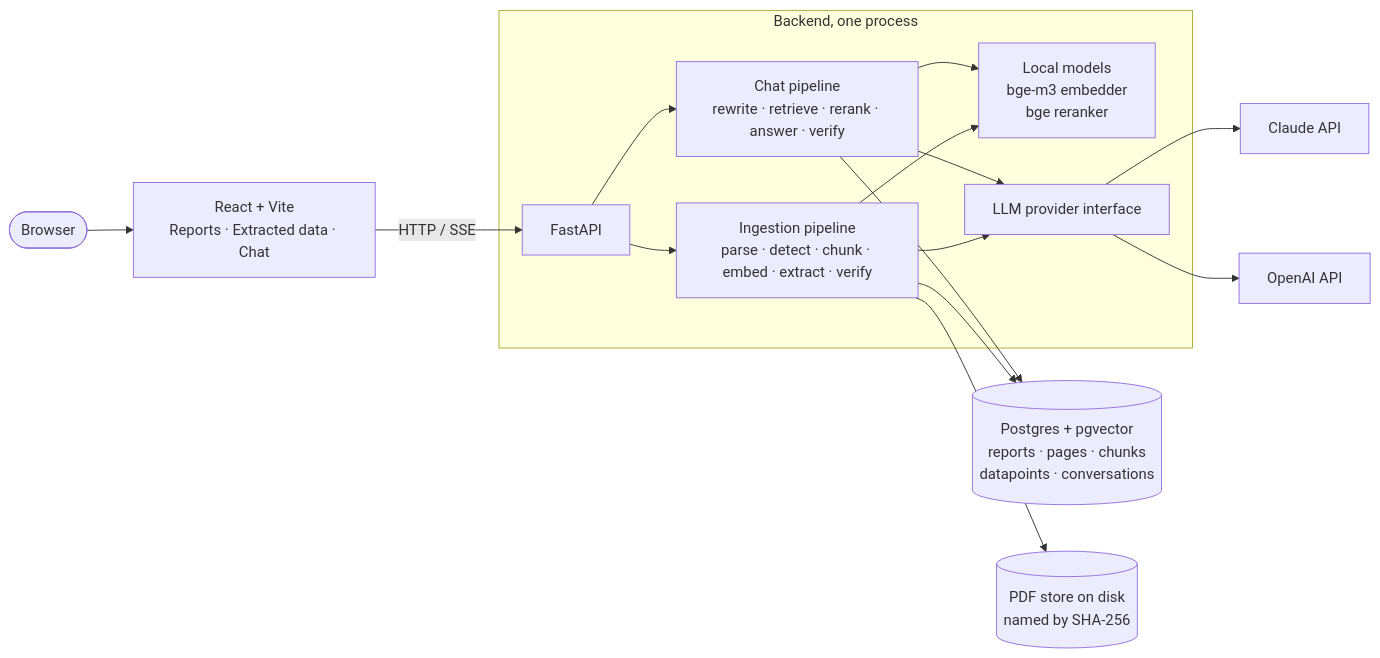
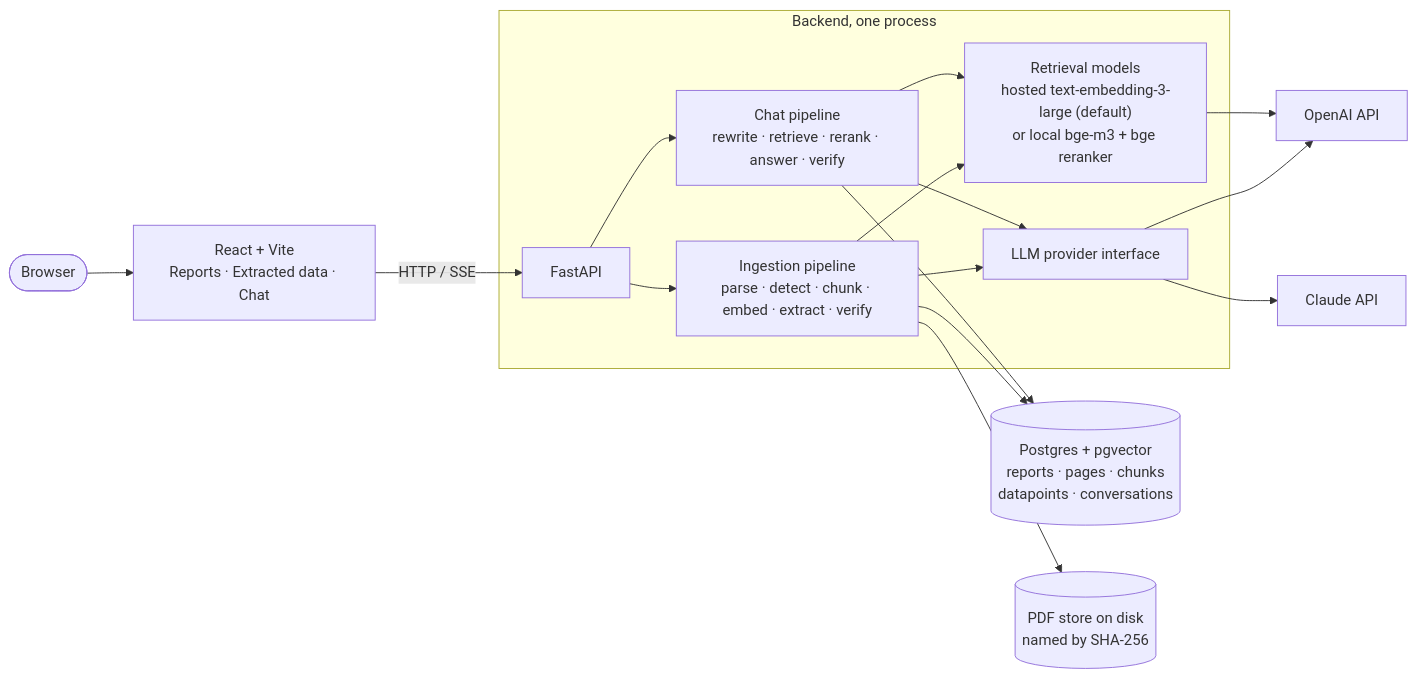
Before and after one commit to tiginamaria/reports-analyzer: the diagram in docs/DESIGN.md, drawn with Mermaid. The commit also changed other lines of this file and 17 other files, not shown here.

````diff
--- a/docs/DESIGN.md
+++ b/docs/DESIGN.md
@@ -32,21 +32,22 @@
 ```mermaid
 flowchart LR
     user([Browser]) --> fe["React + Vite<br/>Reports · Extracted data · Chat"]
     fe -- "HTTP / SSE" --> api["FastAPI"]
 
     subgraph backend[Backend, one process]
         api --> ing["Ingestion pipeline<br/>parse · detect · chunk · embed · extract · verify"]
         api --> chat["Chat pipeline<br/>rewrite · retrieve · rerank · answer · verify"]
-        ing --> emb["Local models<br/>bge-m3 embedder<br/>bge reranker"]
+        ing --> emb["Retrieval models<br/>hosted text-embedding-3-large (default)<br/>or local bge-m3 + bge reranker"]
         chat --> emb
         ing --> llm["LLM provider interface"]
         chat --> llm
     end
 
     ing --> db[("Postgres + pgvector<br/>reports · pages · chunks<br/>datapoints · conversations")]
     chat --> db
     ing --> files[("PDF store on disk<br/>named by SHA-256")]
 
+    llm --> openai["OpenAI API"]
     llm --> claude["Claude API"]
-    llm --> openai["OpenAI API"]
+    emb --> openai
 ```
````
